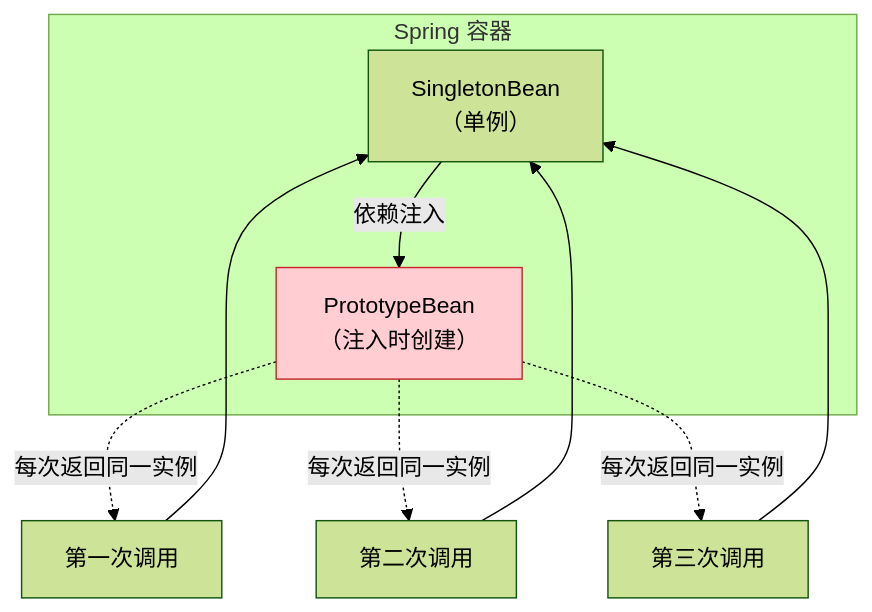
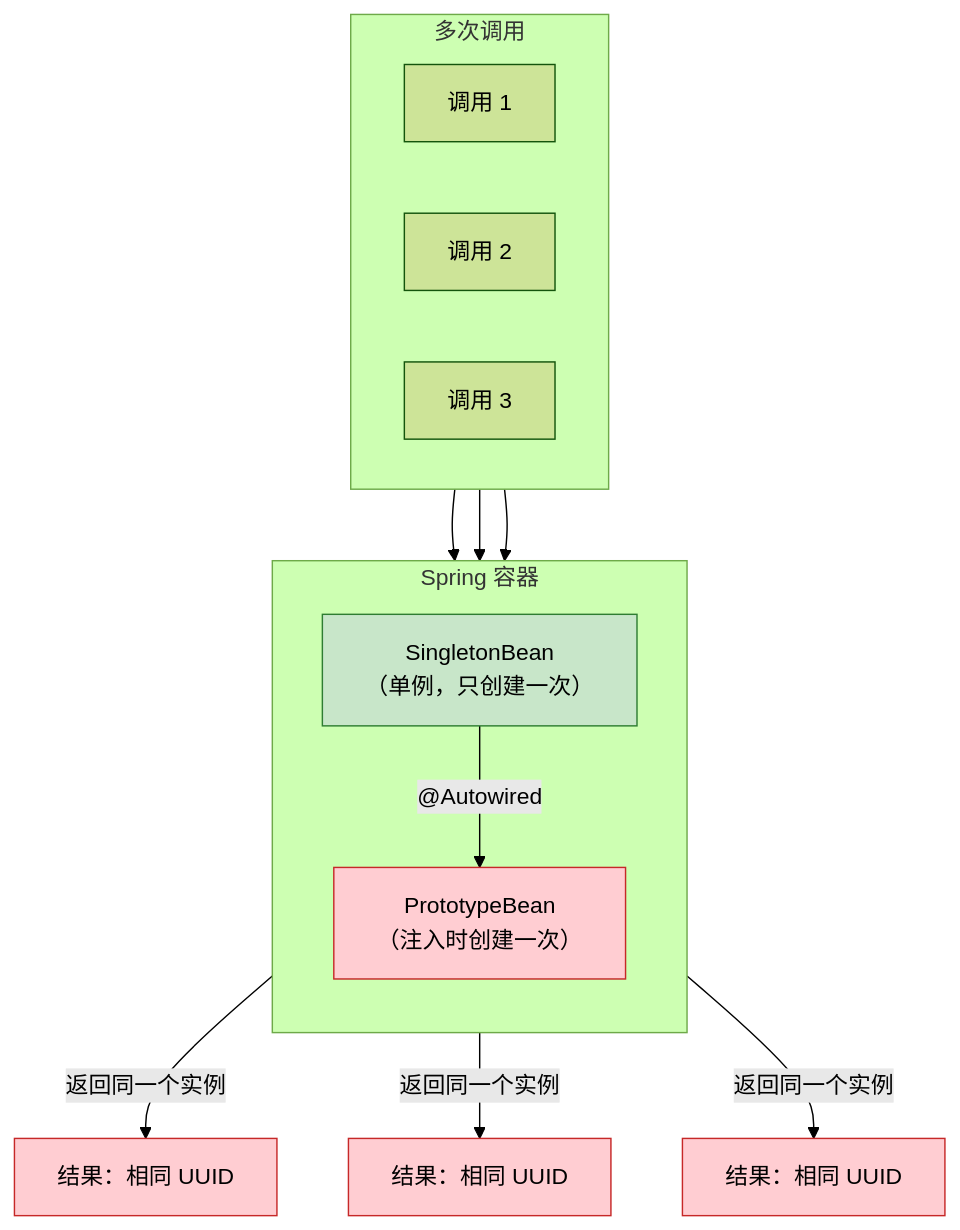
The fourth of 6 diagrams in Spring Bean 作用域详解.md (watslab/interview_doc), drawn with Mermaid (forest theme) before and after one commit. The commit also changed other lines of this file, not shown here.

Commit message:
更新技术文档 - Spring Bean 作用域详解.md：优化 mermaid 图表，补齐代码示例

````diff
--- a/Spring Bean 作用域详解.md
+++ b/Spring Bean 作用域详解.md
@@ -144,19 +175,30 @@
 ```mermaid
 flowchart TB
     subgraph Container["Spring 容器"]
-        S["SingletonBean<br/>（单例）"]
-        P["PrototypeBean<br/>（注入时创建）"]
+        direction TB
+        S["SingletonBean<br/>（单例，只创建一次）"]
+        P["PrototypeBean<br/>（注入时创建一次）"]
+        S -->|"@Autowired"| P
     end
     
-    S -->|"依赖注入"| P
+    subgraph Calls["多次调用"]
+        direction LR
+        C1["调用 1"]
+        C2["调用 2"]
+        C3["调用 3"]
+    end
     
-    R1["第一次调用"] --> S
-    R2["第二次调用"] --> S
-    R3["第三次调用"] --> S
+    C1 --> S
+    C2 --> S
+    C3 --> S
     
-    P -.->|"每次返回同一实例"| R1
-    P -.->|"每次返回同一实例"| R2
-    P -.->|"每次返回同一实例"| R3
+    S -->|"返回同一个实例"| R1["结果：相同 UUID"]
+    S -->|"返回同一个实例"| R2["结果：相同 UUID"]
+    S -->|"返回同一个实例"| R3["结果：相同 UUID"]
     
+    style S fill:#c8e6c9,stroke:#2e7d32
     style P fill:#ffcdd2,stroke:#c62828
+    style R1 fill:#ffcdd2,stroke:#c62828
+    style R2 fill:#ffcdd2,stroke:#c62828
+    style R3 fill:#ffcdd2,stroke:#c62828
 ```
````
